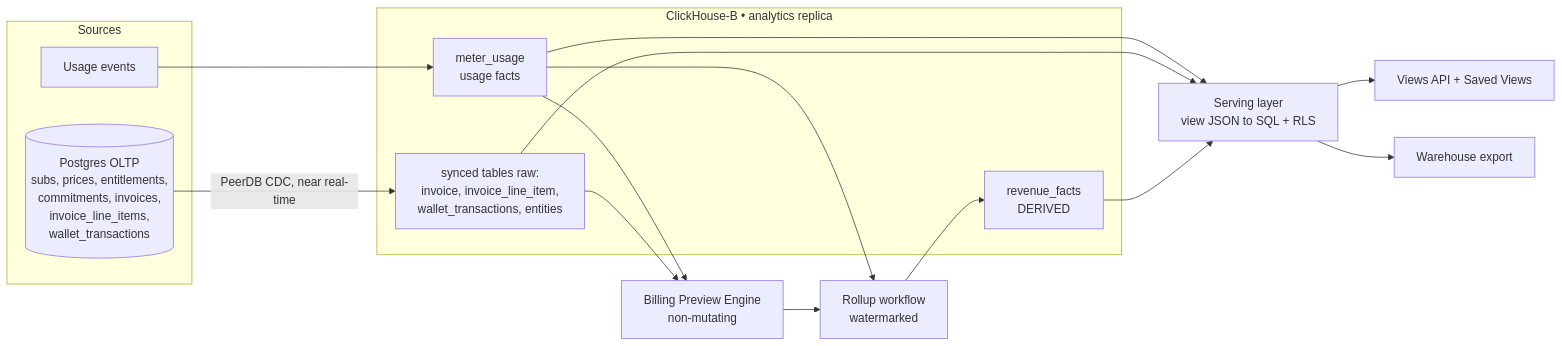
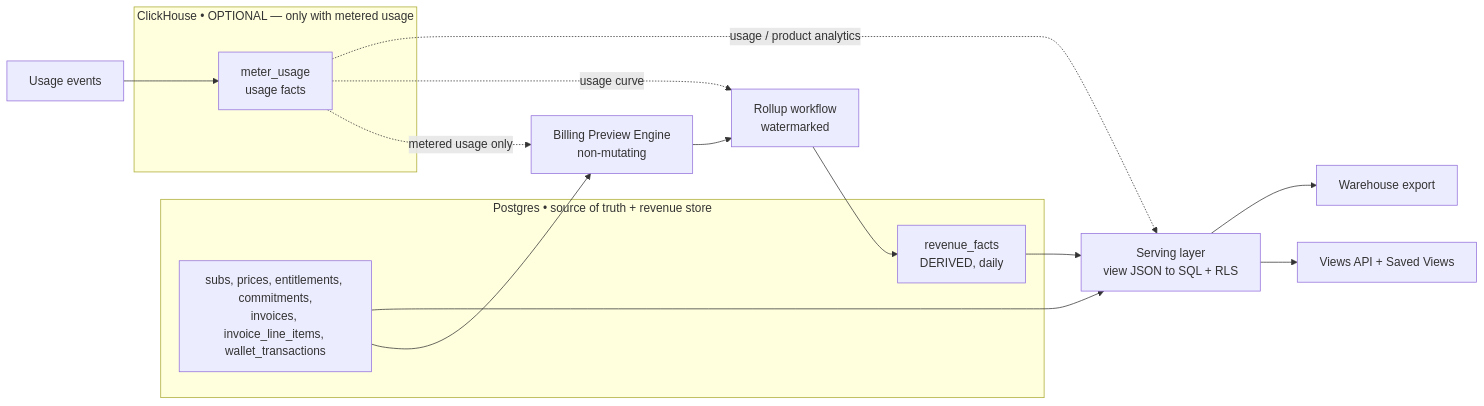
The first of 6 diagrams in docs/design/2026-09-10-FLE-1257-analytics-platform-erd.md (flexprice/flexprice), drawn with Mermaid before and after one commit. The commit also changed other lines of this file, not shown here.

First line of the commit message:
docs(analytics): store revenue_facts in Postgres, keep ClickHouse optional

````diff
--- a/docs/design/2026-09-10-FLE-1257-analytics-platform-erd.md
+++ b/docs/design/2026-09-10-FLE-1257-analytics-platform-erd.md
@@ -69,31 +70,28 @@
 ```mermaid
 flowchart LR
-  subgraph SRC[Sources]
-    PG[(Postgres OLTP<br/>subs, prices, entitlements,<br/>commitments, invoices,<br/>invoice_line_items,<br/>wallet_transactions)]
-    EV[Usage events]
+  subgraph PG[Postgres  •  source of truth + revenue store]
+    SRC[subs, prices, entitlements, commitments,<br/>invoices, invoice_line_items, wallet_transactions]
+    RF[revenue_facts<br/>DERIVED, daily]
   end
 
-  subgraph CHB[ClickHouse-B  •  analytics replica]
+  subgraph CH[ClickHouse  •  OPTIONAL — only with metered usage]
     MU[meter_usage<br/>usage facts]
-    SYN[synced tables raw:<br/>invoice, invoice_line_item,<br/>wallet_transactions, entities]
-    RF[revenue_facts<br/>DERIVED]
   end
 
+  EV[Usage events] --> MU
   ENG[Billing Preview Engine<br/>non-mutating]
   ROLL[Rollup workflow<br/>watermarked]
   SRV[Serving layer<br/>view JSON to SQL + RLS]
 
-  PG -- PeerDB CDC, near real-time --> SYN
-  EV --> MU
-  MU --> ENG
-  SYN --> ENG
+  SRC --> ENG
+  MU -. metered usage only .-> ENG
   ENG --> ROLL
-  MU --> ROLL
+  MU -. usage curve .-> ROLL
   ROLL --> RF
 
-  MU --> SRV
-  SYN --> SRV
   RF --> SRV
+  SRC --> SRV
+  MU -. usage / product analytics .-> SRV
   SRV --> API[Views API + Saved Views]
   SRV --> EXP[Warehouse export]
 ```
````
